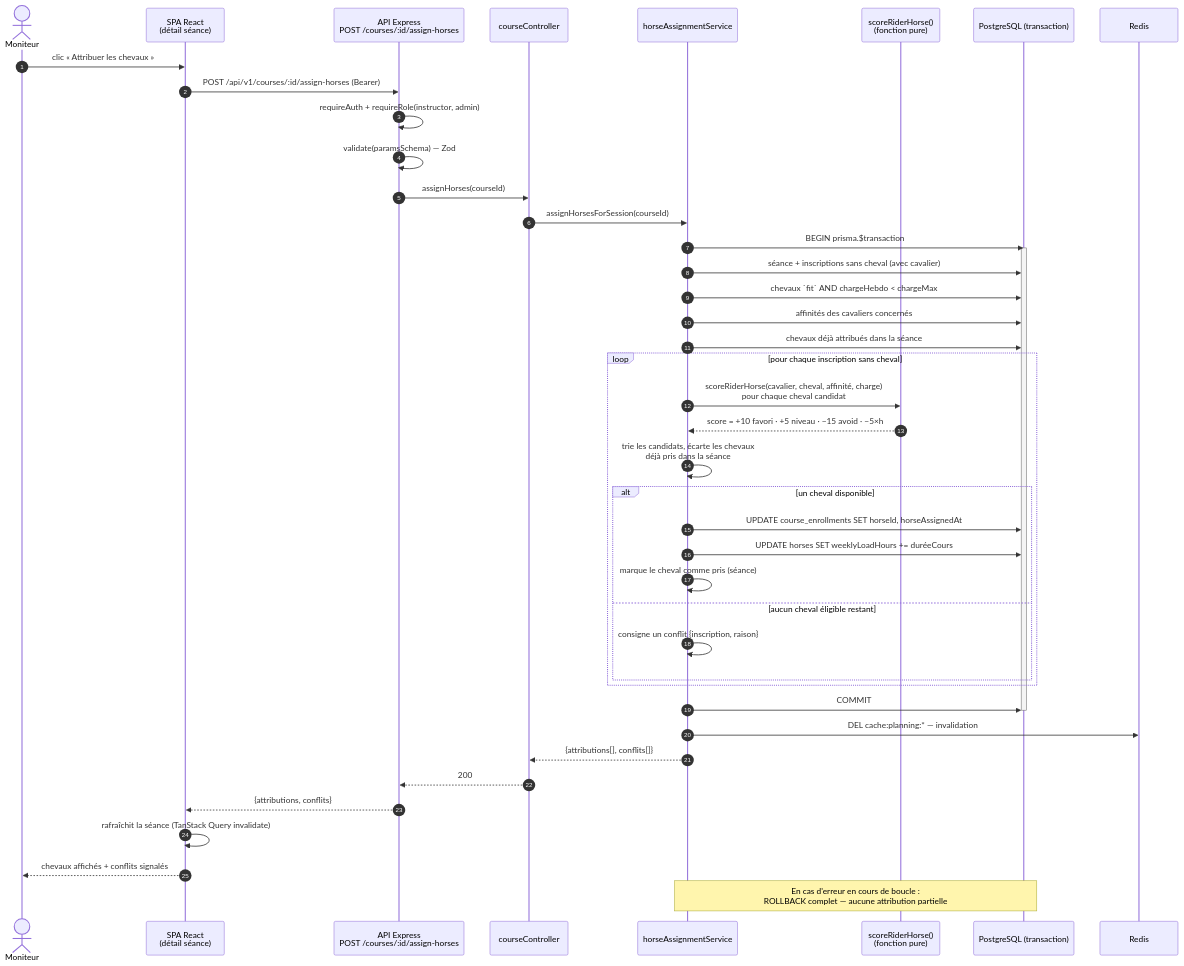
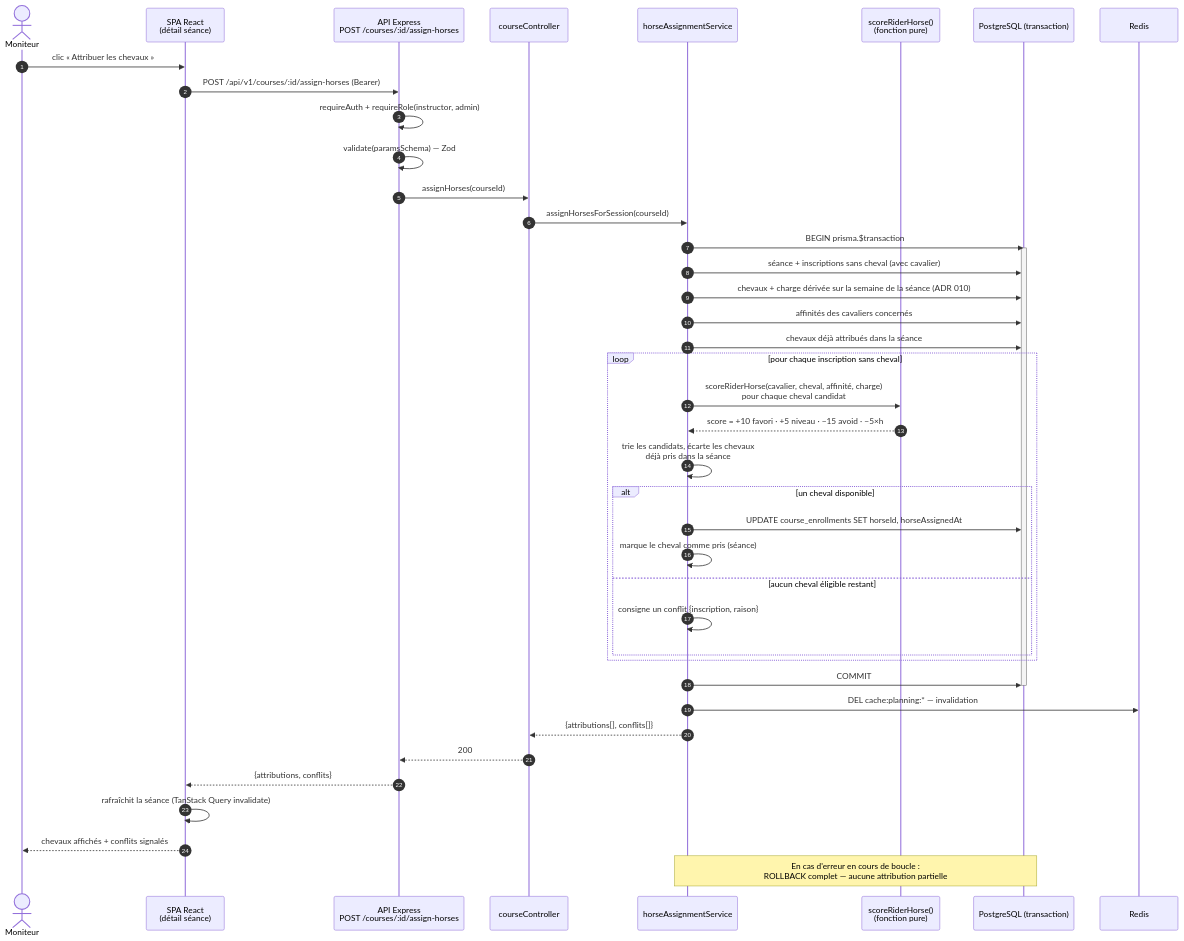
One commit to Floxde99/Equime changed the first of 2 diagrams in docs/uml/sequence-attribution-chevaux.md. Above: the diagram before and after it, drawn with Mermaid. The commit also changed other lines of this file and 25 other files, not shown here.

First line of the commit message:
fix(horses): charge hebdo dérivée des affectations (ADR 010)

````diff
--- a/docs/uml/sequence-attribution-chevaux.md
+++ b/docs/uml/sequence-attribution-chevaux.md
@@ -22,50 +22,49 @@
 ```mermaid
 sequenceDiagram
     autonumber
     actor M as Moniteur
     participant W as SPA React<br/>(détail séance)
     participant A as API Express<br/>POST /courses/:id/assign-horses
     participant C as courseController
     participant S as horseAssignmentService
     participant P as scoreRiderHorse()<br/>(fonction pure)
     participant DB as PostgreSQL (transaction)
     participant R as Redis
 
     M->>W: clic « Attribuer les chevaux »
     W->>A: POST /api/v1/courses/:id/assign-horses (Bearer)
     A->>A: requireAuth + requireRole(instructor, admin)
     A->>A: validate(paramsSchema) — Zod
     A->>C: assignHorses(courseId)
     C->>S: assignHorsesForSession(courseId)
 
     S->>DB: BEGIN prisma.$transaction
     activate DB
     S->>DB: séance + inscriptions sans cheval (avec cavalier)
-    S->>DB: chevaux `fit` AND chargeHebdo < chargeMax
+    S->>DB: chevaux + charge dérivée sur la semaine de la séance (ADR 010)
     S->>DB: affinités des cavaliers concernés
     S->>DB: chevaux déjà attribués dans la séance
 
     loop pour chaque inscription sans cheval
         S->>P: scoreRiderHorse(cavalier, cheval, affinité, charge)<br/>pour chaque cheval candidat
         P-->>S: score = +10 favori · +5 niveau · −15 avoid · −5×h
         S->>S: trie les candidats, écarte les chevaux<br/>déjà pris dans la séance
         alt un cheval disponible
             S->>DB: UPDATE course_enrollments SET horseId, horseAssignedAt
-            S->>DB: UPDATE horses SET weeklyLoadHours += duréeCours
             S->>S: marque le cheval comme pris (séance)
         else aucun cheval éligible restant
             S->>S: consigne un conflit {inscription, raison}
         end
     end
 
     S->>DB: COMMIT
     deactivate DB
     S->>R: DEL cache:planning:* — invalidation
     S-->>C: {attributions[], conflits[]}
     C-->>A: 200
     A-->>W: {attributions, conflits}
     W->>W: rafraîchit la séance (TanStack Query invalidate)
     W-->>M: chevaux affichés + conflits signalés
 
     Note over S,DB: En cas d'erreur en cours de boucle :<br/>ROLLBACK complet — aucune attribution partielle
 ```
````
